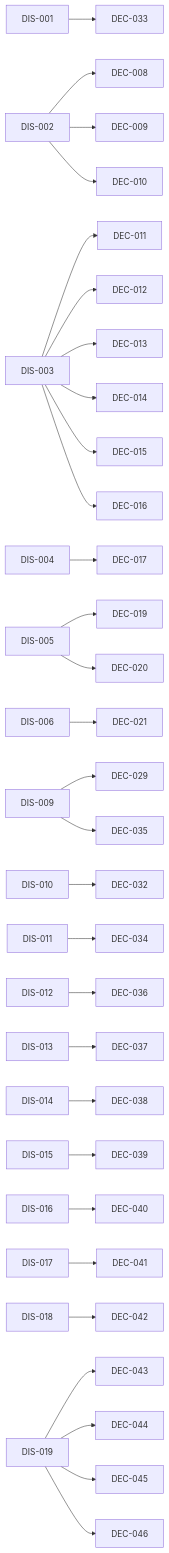
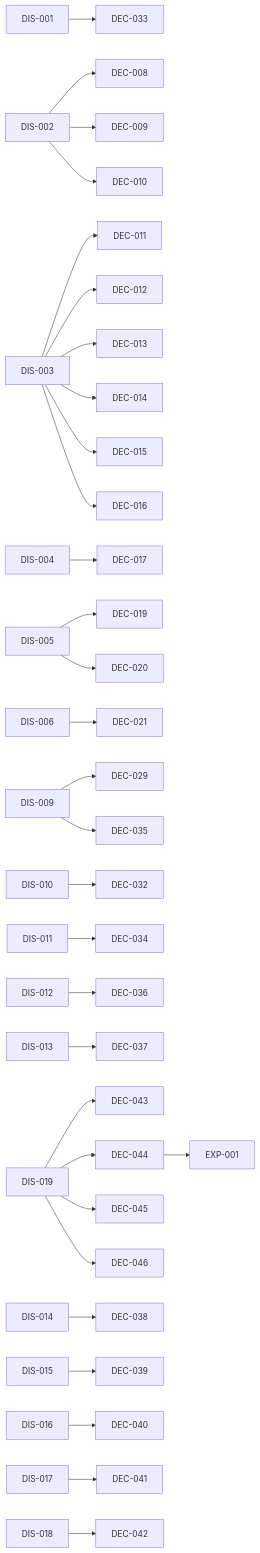
Before and after one commit to amartis/sonoai_research_notes: the diagram in INDEX.md, drawn with Mermaid. The commit also changed other lines of this file and 1 other file, not shown here.

First line of the commit message:
EXP-001: Qwen3-VL quality filter tuning for cirrhosis v4 (no usable filter)

````diff
--- a/INDEX.md
+++ b/INDEX.md
@@ -162,32 +168,33 @@
 ```mermaid
 flowchart LR
+  DEC_044[DEC-044] --> EXP_001[EXP-001]
   DIS_001[DIS-001] --> DEC_033[DEC-033]
   DIS_002[DIS-002] --> DEC_008[DEC-008]
   DIS_002[DIS-002] --> DEC_009[DEC-009]
   DIS_002[DIS-002] --> DEC_010[DEC-010]
   DIS_003[DIS-003] --> DEC_011[DEC-011]
   DIS_003[DIS-003] --> DEC_012[DEC-012]
   DIS_003[DIS-003] --> DEC_013[DEC-013]
   DIS_003[DIS-003] --> DEC_014[DEC-014]
   DIS_003[DIS-003] --> DEC_015[DEC-015]
   DIS_003[DIS-003] --> DEC_016[DEC-016]
   DIS_004[DIS-004] --> DEC_017[DEC-017]
   DIS_005[DIS-005] --> DEC_019[DEC-019]
   DIS_005[DIS-005] --> DEC_020[DEC-020]
   DIS_006[DIS-006] --> DEC_021[DEC-021]
   DIS_009[DIS-009] --> DEC_029[DEC-029]
   DIS_009[DIS-009] --> DEC_035[DEC-035]
   DIS_010[DIS-010] --> DEC_032[DEC-032]
   DIS_011[DIS-011] --> DEC_034[DEC-034]
   DIS_012[DIS-012] --> DEC_036[DEC-036]
   DIS_013[DIS-013] --> DEC_037[DEC-037]
   DIS_014[DIS-014] --> DEC_038[DEC-038]
   DIS_015[DIS-015] --> DEC_039[DEC-039]
   DIS_016[DIS-016] --> DEC_040[DEC-040]
   DIS_017[DIS-017] --> DEC_041[DEC-041]
   DIS_018[DIS-018] --> DEC_042[DEC-042]
   DIS_019[DIS-019] --> DEC_043[DEC-043]
   DIS_019[DIS-019] --> DEC_044[DEC-044]
   DIS_019[DIS-019] --> DEC_045[DEC-045]
   DIS_019[DIS-019] --> DEC_046[DEC-046]
 ```
````
